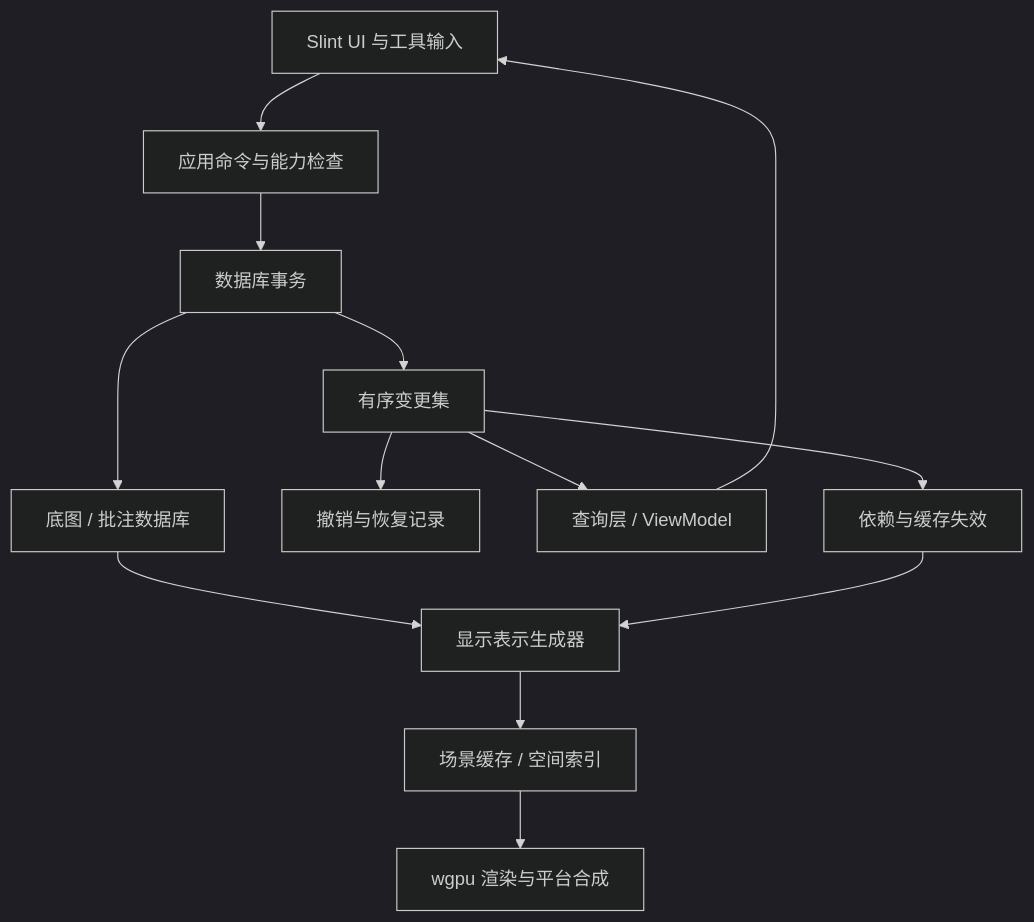
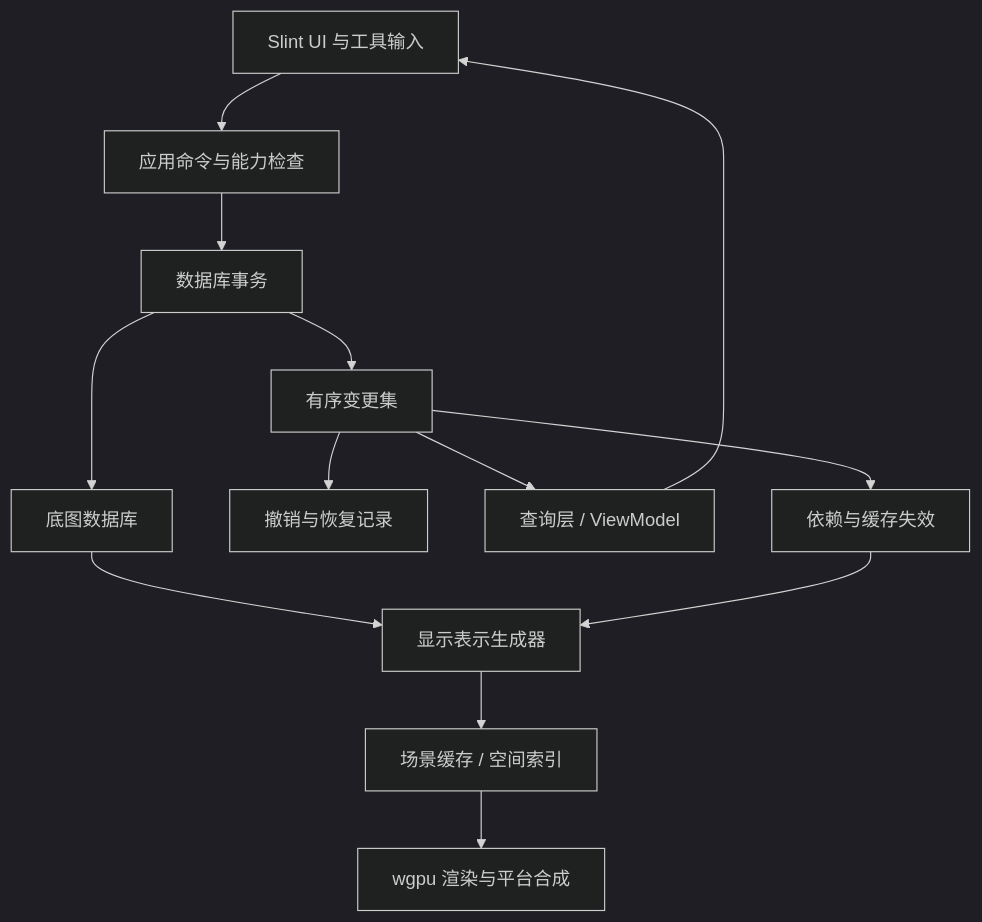
Before and after one commit to zenglanmu/yacr: the diagram in CAD_IMPLEMENTATION_SPEC.md, drawn with Mermaid (dark theme). The commit also changed other lines of this file and 6 other files, not shown here.

````diff
--- a/CAD_IMPLEMENTATION_SPEC.md
+++ b/CAD_IMPLEMENTATION_SPEC.md
@@ -114,15 +122,15 @@
 ```mermaid
 flowchart TD
     UI["Slint UI 与工具输入"] --> CMD["应用命令与能力检查"]
     CMD --> TX["数据库事务"]
-    TX --> DB["底图 / 批注数据库"]
+    TX --> DB["底图数据库"]
     TX --> CS["有序变更集"]
     CS --> HIST["撤销与恢复记录"]
     CS --> VM["查询层 / ViewModel"]
     VM --> UI
     CS --> INV["依赖与缓存失效"]
     DB --> REP["显示表示生成器"]
     INV --> REP
     REP --> SC["场景缓存 / 空间索引"]
     SC --> GPU["wgpu 渲染与平台合成"]
 ```
````
